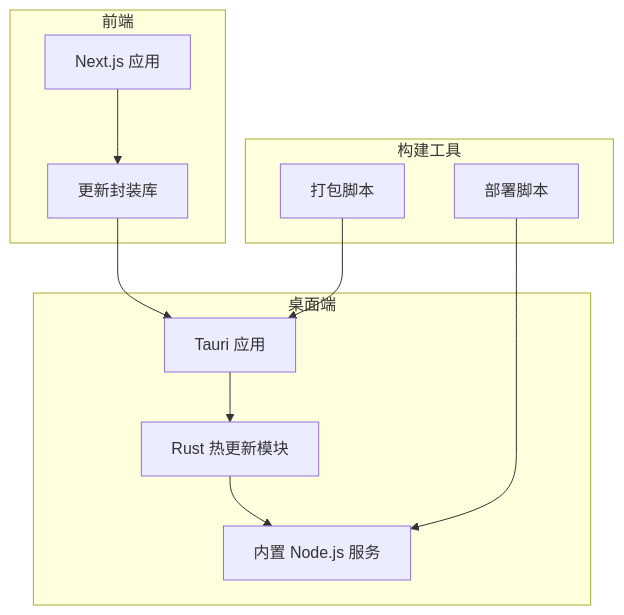
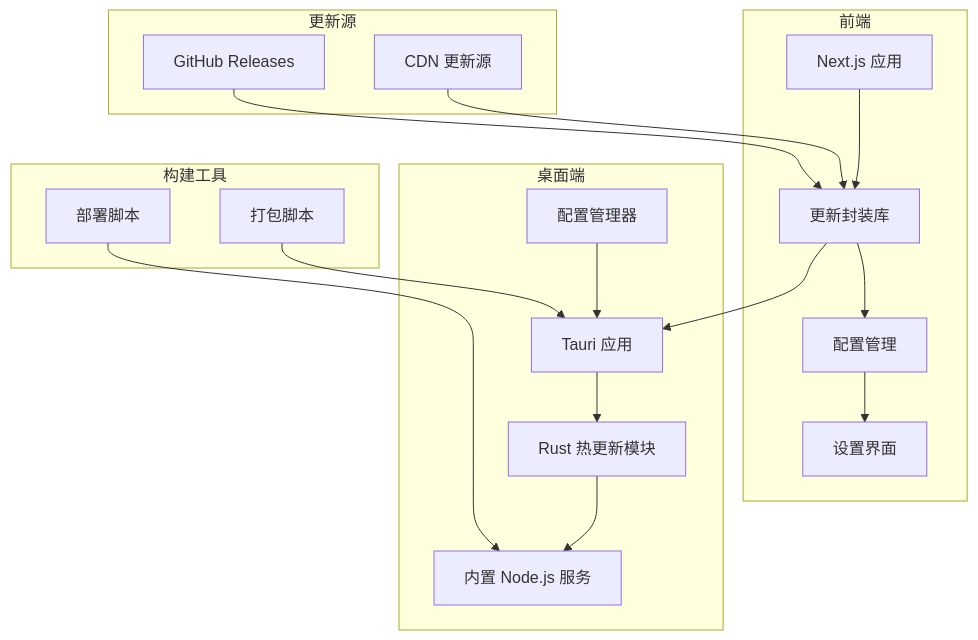
The first of 10 diagrams in .qoder/repowiki/zh/content/核心功能模块/热更新系统.md (ggtiger/SSTS), drawn with Mermaid before and after one commit. The commit also changed other lines of this file and 12 other files, not shown here.

````diff
--- a/.qoder/repowiki/zh/content/核心功能模块/热更新系统.md
+++ b/.qoder/repowiki/zh/content/核心功能模块/热更新系统.md
@@ -44,22 +56,34 @@
 ```mermaid
 graph TB
 subgraph "前端"
 FE[Next.js 应用]
 Updater[更新封装库]
+Config[配置管理]
+Settings[设置界面]
 end
 subgraph "桌面端"
 Tauri[Tauri 应用]
 Delta[Rust 热更新模块]
 Server[内置 Node.js 服务]
+ConfigManager[配置管理器]
 end
 subgraph "构建工具"
 Bundler[打包脚本]
 Deploy[部署脚本]
 end
+subgraph "更新源"
+CDN[CDN 更新源]
+GitHub[GitHub Releases]
+end
 FE --> Updater
+Updater --> Config
+Config --> Settings
 Updater --> Tauri
 Tauri --> Delta
 Delta --> Server
+ConfigManager --> Tauri
 Bundler --> Tauri
 Deploy --> Server
+CDN --> Updater
+GitHub --> Updater
 ```
````
